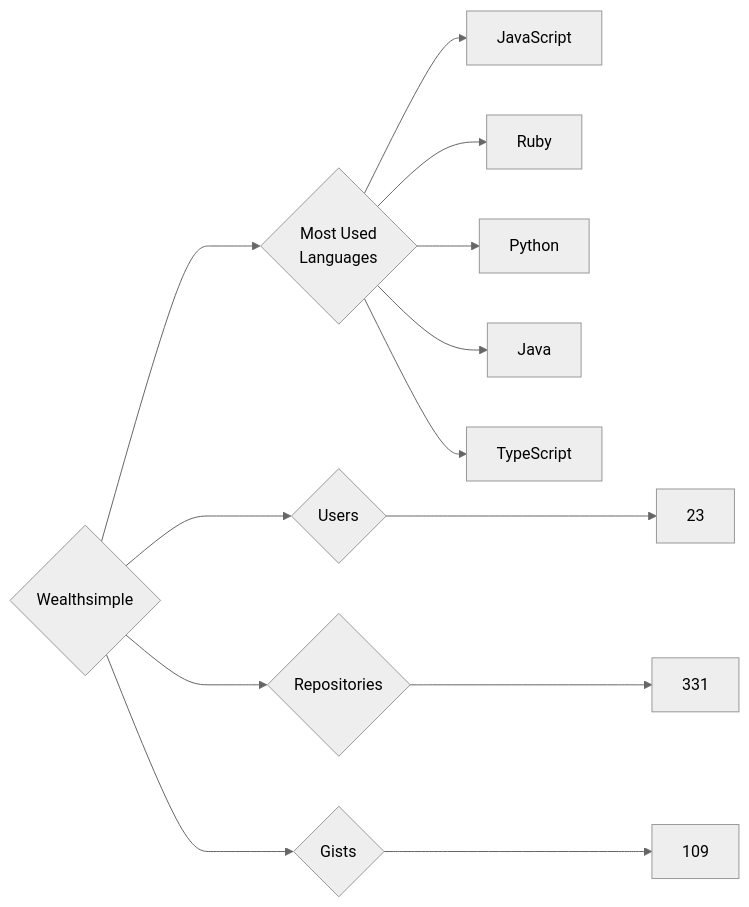
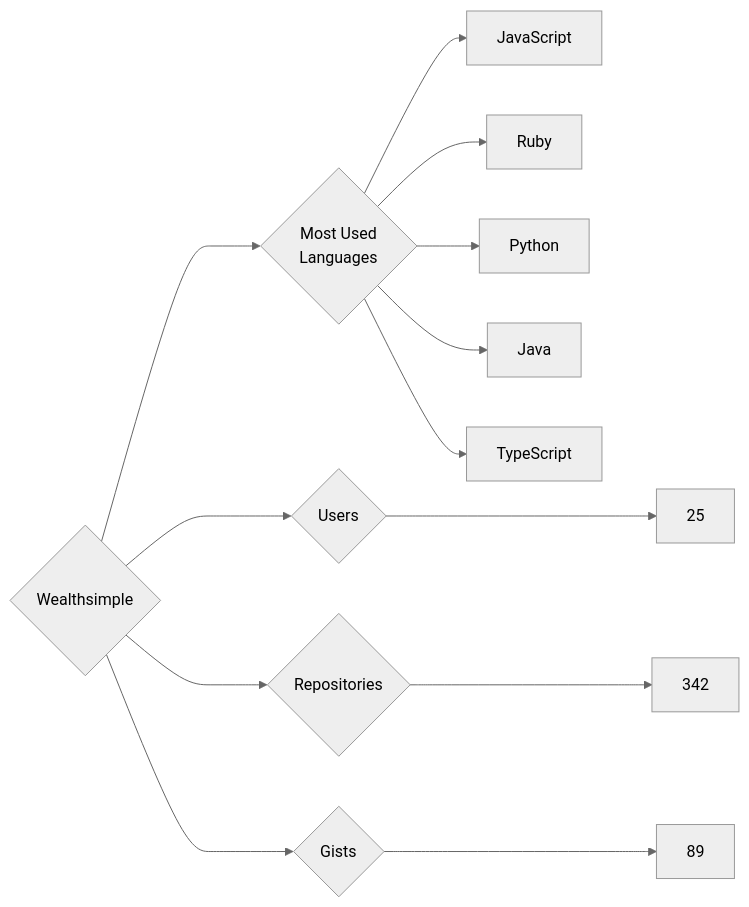
Before and after one commit to trickest/insiders: the diagram in targets/Wealthsimple/README.md, drawn with Mermaid (neutral theme). The commit also changed 1508 other files, not shown here.

````diff
--- a/targets/Wealthsimple/README.md
+++ b/targets/Wealthsimple/README.md
@@ -3,13 +3,13 @@
 ```mermaid
 graph LR
 COMPANY_NAME{Wealthsimple}
-COMPANY_NAME ---> U{Users} ---> UN[23]
-COMPANY_NAME ---> R{Repositories} ---> RN[331]
-COMPANY_NAME ---> G{Gists} ---> GN[109]
+COMPANY_NAME ---> U{Users} ---> UN[25]
+COMPANY_NAME ---> R{Repositories} ---> RN[342]
+COMPANY_NAME ---> G{Gists} ---> GN[89]
 COMPANY_NAME ---> ML{Most Used<br>Languages}
 ML --> JavaScript[JavaScript]
 ML --> Ruby[Ruby]
 ML --> Python[Python]
 ML --> Java[Java]
 ML --> TypeScript[TypeScript]
 ```
````
